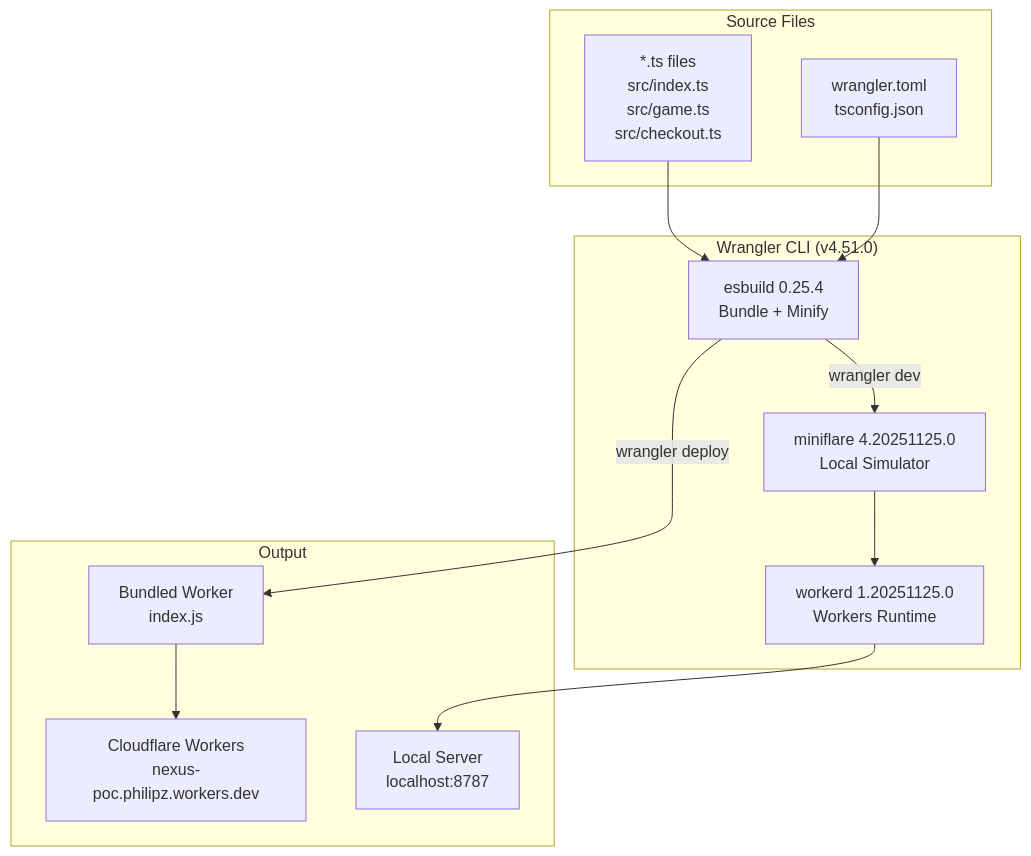
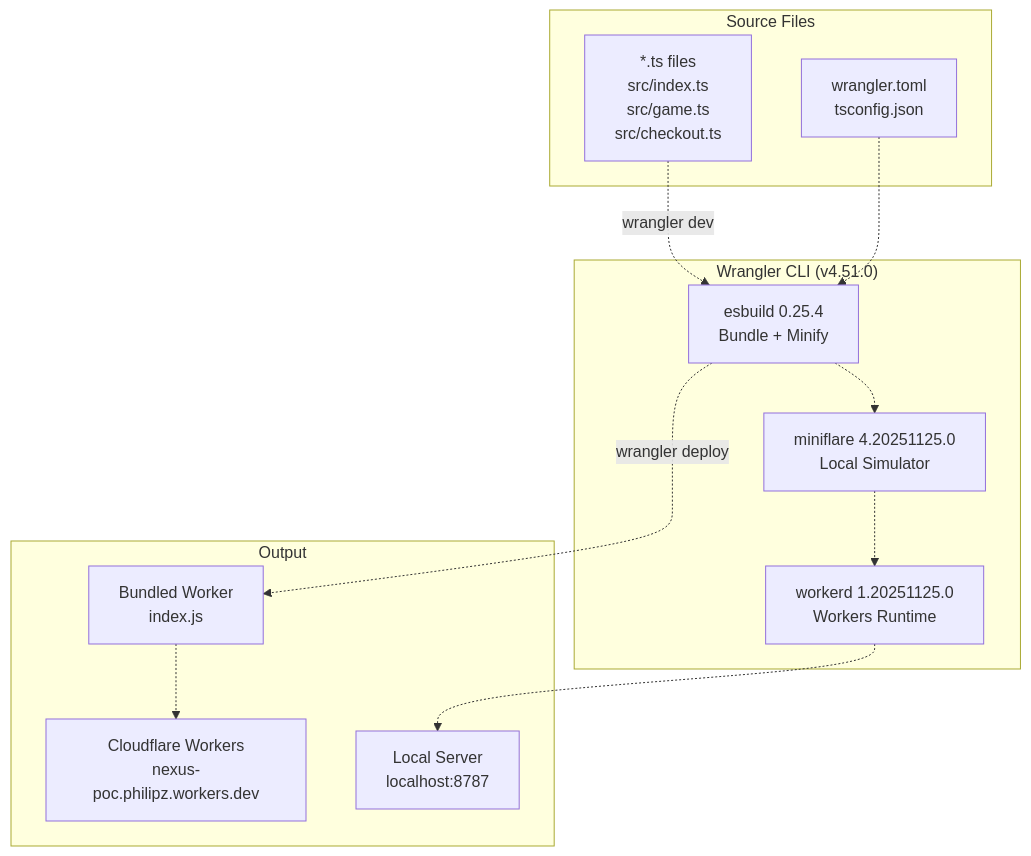
The second of 3 diagrams in docs/deepwiki/Technology-Stack.md (philipz/restate-cloudflare-workers-poc), drawn with Mermaid before and after one commit. The commit also changed other lines of this file and 27 other files, not shown here.

````diff
--- a/docs/deepwiki/Technology-Stack.md
+++ b/docs/deepwiki/Technology-Stack.md
@@ -160,37 +160,37 @@
 ```mermaid
 flowchart TD
 
 TS["*.ts files<br>src/index.ts<br>src/game.ts<br>src/checkout.ts"]
 Config["wrangler.toml<br>tsconfig.json"]
 Bundler["esbuild 0.25.4<br>Bundle + Minify"]
 Runtime["workerd 1.20251125.0<br>Workers Runtime"]
 LocalDev["miniflare 4.20251125.0<br>Local Simulator"]
 Bundle["Bundled Worker<br>index.js"]
 Deploy["Cloudflare Workers<br>nexus-poc.philipz.workers.dev"]
 Local["Local Server<br>localhost:8787"]
 
-TS --> Bundler
-Config --> Bundler
-Bundler -->|"wrangler deploy"| Bundle
-Runtime --> Local
+TS -.->|"wrangler dev"| Bundler
+Config -.-> Bundler
+Bundler -.->|"wrangler deploy"| Bundle
+Runtime -.-> Local
 
 subgraph Output ["Output"]
     Bundle
     Deploy
     Local
-    Bundle --> Deploy
+    Bundle -.-> Deploy
 end
 
 subgraph subGraph1 ["Wrangler CLI (v4.51.0)"]
     Bundler
     Runtime
     LocalDev
-    Bundler -->|"wrangler dev"| LocalDev
-    LocalDev --> Runtime
+    Bundler -.-> LocalDev
+    LocalDev -.-> Runtime
 end
 
 subgraph subGraph0 ["Source Files"]
     TS
     Config
 end
 ```
````
